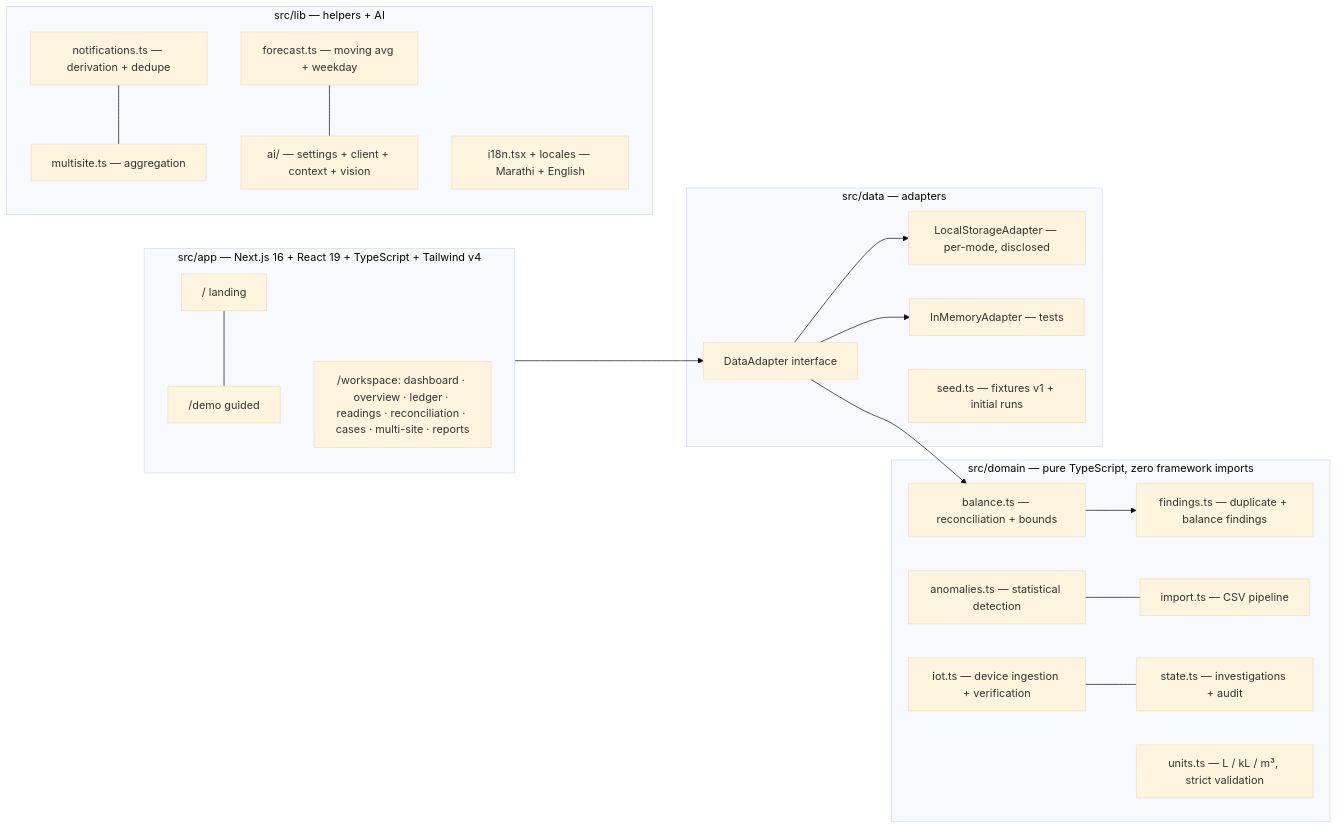
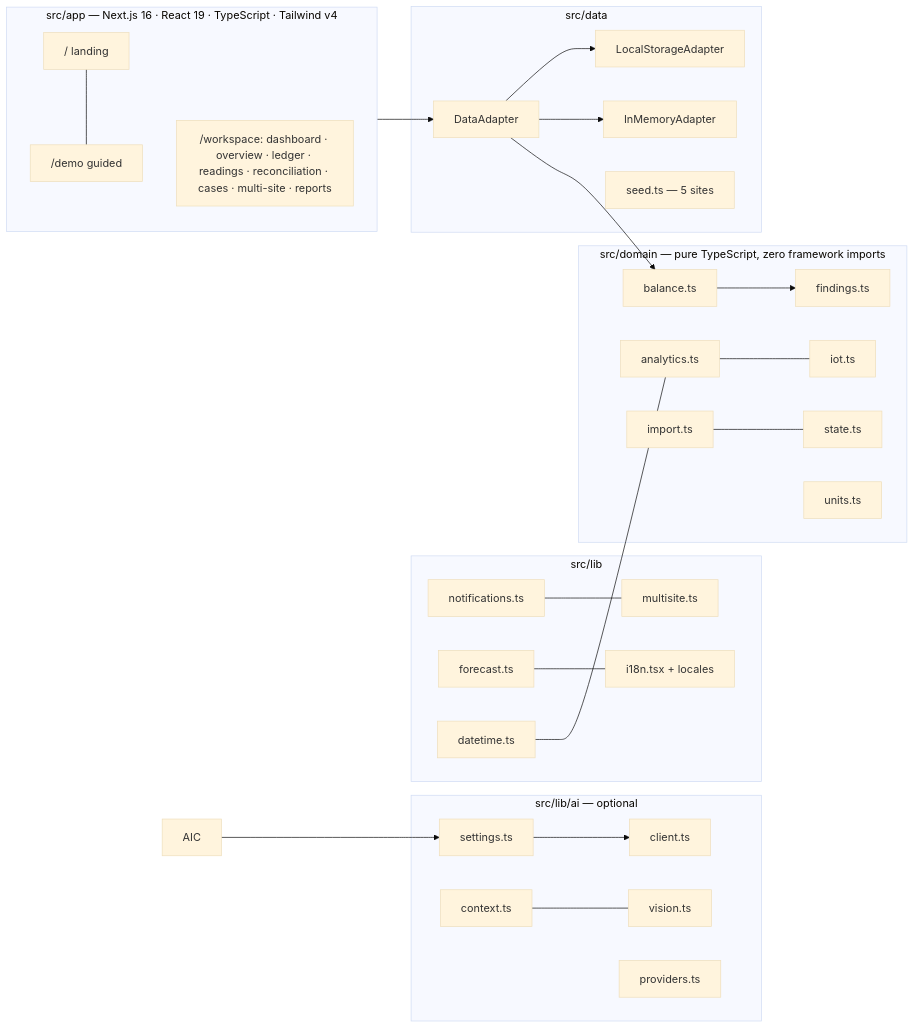
The diagram in README.md (Avani376/jallekha), drawn with Mermaid (base theme) before and after one commit. The commit also changed other lines of this file and 18 other files, not shown here.

````diff
--- a/README.md
+++ b/README.md
@@ -279,25 +250,31 @@
 ```mermaid
 flowchart LR
-  subgraph UI["src/app — Next.js 16 + React 19 + TypeScript + Tailwind v4"]
+  subgraph UI["src/app — Next.js 16 · React 19 · TypeScript · Tailwind v4"]
     L["/ landing"] --- D["/demo guided"]
     W["/workspace: dashboard · overview · ledger · readings · reconciliation · cases · multi-site · reports"]
   end
   subgraph Domain["src/domain — pure TypeScript, zero framework imports"]
-    B["balance.ts — reconciliation + bounds"] --> F["findings.ts — duplicate + balance findings"]
-    AN["anomalies.ts — statistical detection"] --- I["import.ts — CSV pipeline"]
-    IOT["iot.ts — device ingestion + verification"] --- S["state.ts — investigations + audit"]
-    U["units.ts — L / kL / m³, strict validation"]
+    B["balance.ts"] --> F["findings.ts"]
+    AN["anomalies.ts"] --- IOT["iot.ts"]
+    I["import.ts"] --- S["state.ts"]
+    U["units.ts"]
   end
-  subgraph Lib["src/lib — helpers + AI"]
-    N["notifications.ts — derivation + dedupe"] --- MS["multisite.ts — aggregation"]
-    FC["forecast.ts — moving avg + weekday"] --- AIC["ai/ — settings + client + context + vision"]
-    I18N["i18n.tsx + locales — Marathi + English"]
+  subgraph Lib["src/lib"]
+    N["notifications.ts"] --- MS["multisite.ts"]
+    FC["forecast.ts"] --- I18N["i18n.tsx + locales"]
+    DT["datetime.ts"] --- AN["analytics.ts"]
   end
-  subgraph Data["src/data — adapters"]
-    A["DataAdapter interface"] --> LD["LocalStorageAdapter — per-mode, disclosed"]
-    A --> IM["InMemoryAdapter — tests"]
-    SEED["seed.ts — fixtures v1 + initial runs"]
+  subgraph AI["src/lib/ai — optional"]
+    ST["settings.ts"] --> CL["client.ts"]
+    CT["context.ts"] --- VI["vision.ts"]
+    PR["providers.ts"]
+  end
+  subgraph Data["src/data"]
+    A["DataAdapter"] --> LD["LocalStorageAdapter"]
+    A --> IM["InMemoryAdapter"]
+    SEED["seed.ts — 5 sites"]
   end
   UI --> A
   A --> B
+  AIC --> ST
 ```
````
